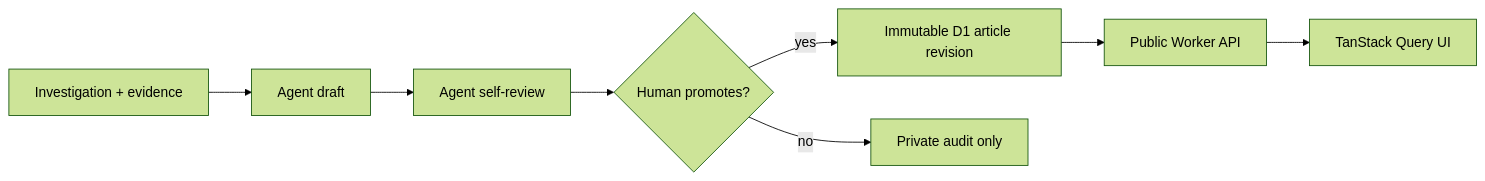
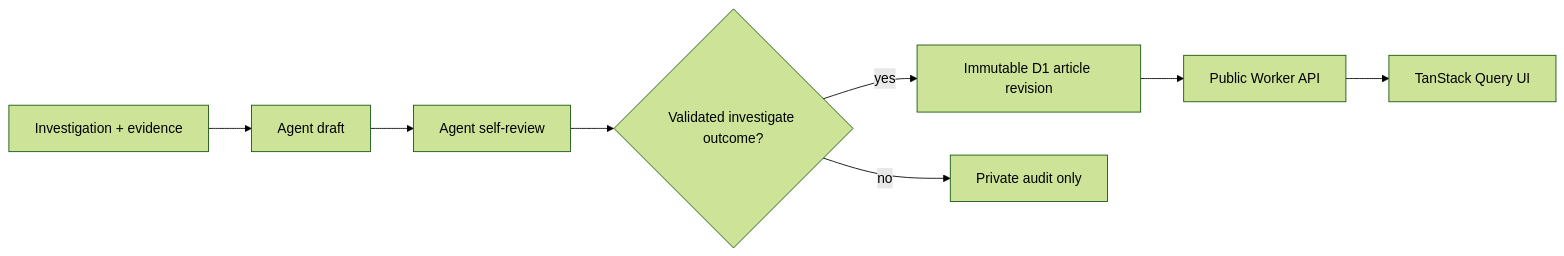
The third of 3 diagrams in ARCHITECTURE.md (EzraApple/public-patterns), drawn with Mermaid (forest theme) before and after one commit. The commit also changed other lines of this file and 13 other files, not shown here.

````diff
--- a/ARCHITECTURE.md
+++ b/ARCHITECTURE.md
@@ -172,10 +172,10 @@
 ```mermaid
 flowchart LR
     A["Investigation + evidence"] --> B["Agent draft"]
     B --> C["Agent self-review"]
-    C --> D{"Human promotes?"}
+    C --> D{"Validated investigate outcome?"}
     D -->|"yes"| E["Immutable D1 article revision"]
     D -->|"no"| F["Private audit only"]
     E --> G["Public Worker API"]
     G --> H["TanStack Query UI"]
 ```
````
